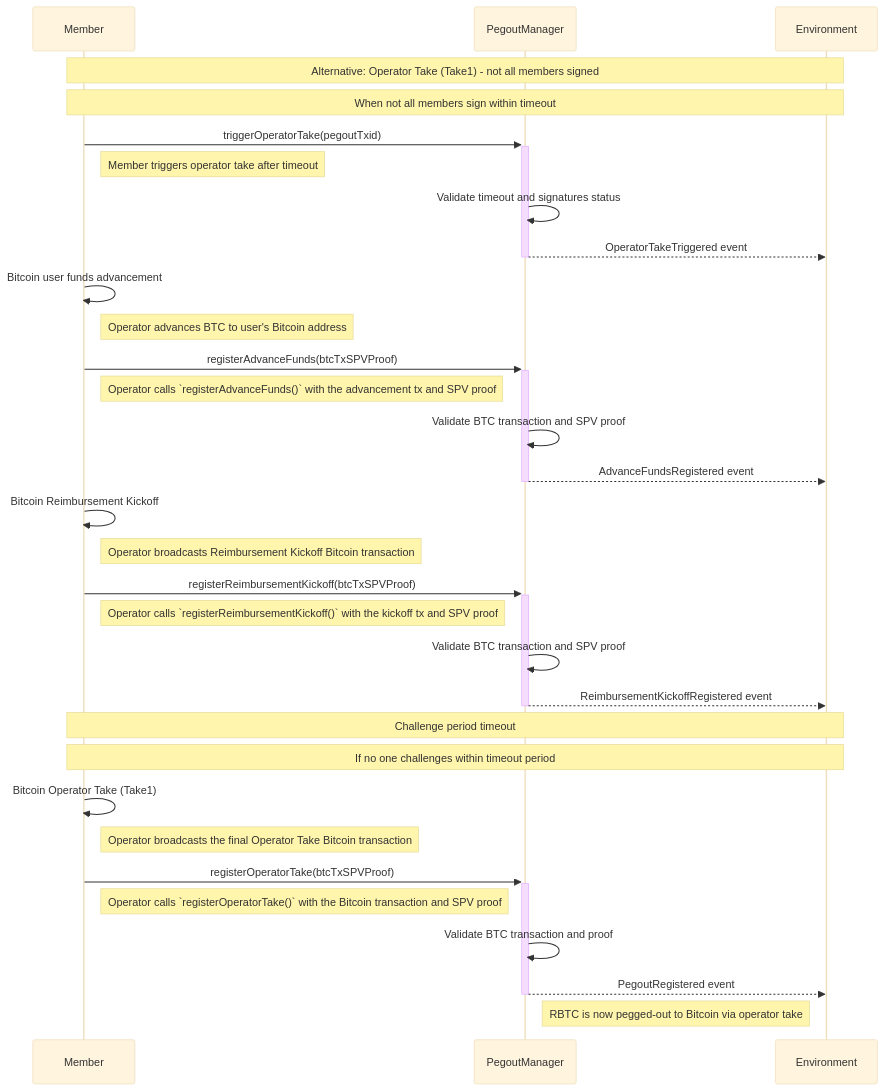
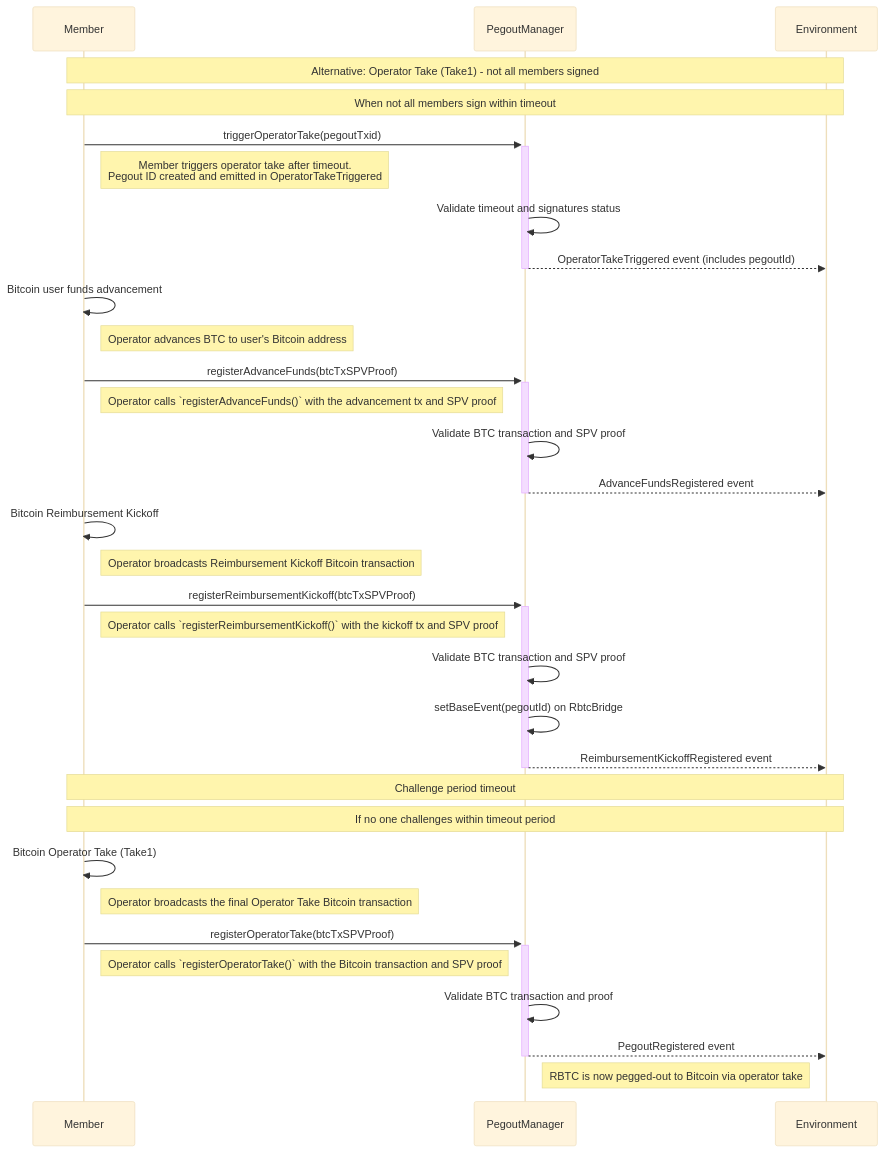
Before and after one commit to rsksmart/union-bridge-contracts: diagram 12 of 14 in docs/src/README.md, drawn with Mermaid (base theme). The commit also changed other lines of this file and 98 other files, not shown here.

````diff
--- a/docs/src/README.md
+++ b/docs/src/README.md
@@ -944,40 +963,41 @@
 ```mermaid
 sequenceDiagram
     participant M as Member
     participant POM as PegoutManager
     participant ENV as Environment
 
     Note over M,ENV: Alternative: Operator Take (Take1) - not all members signed
     Note over M,ENV: When not all members sign within timeout
 
     M->>+POM: triggerOperatorTake(pegoutTxid)
-    Note right of M: Member triggers operator take after timeout
+    Note right of M: Member triggers operator take after timeout.<br/>Pegout ID created and emitted in OperatorTakeTriggered
     POM->>POM: Validate timeout and signatures status
-    POM-->>-ENV: OperatorTakeTriggered event
+    POM-->>-ENV: OperatorTakeTriggered event (includes pegoutId)
 
     M->>M: Bitcoin user funds advancement
     Note right of M: Operator advances BTC to user's Bitcoin address
     M->>+POM: registerAdvanceFunds(btcTxSPVProof)
     Note right of M: Operator calls `registerAdvanceFunds()` with the advancement tx and SPV proof
     POM->>POM: Validate BTC transaction and SPV proof
     POM-->>-ENV: AdvanceFundsRegistered event
 
     M->>M: Bitcoin Reimbursement Kickoff
     Note right of M: Operator broadcasts Reimbursement Kickoff Bitcoin transaction
     M->>+POM: registerReimbursementKickoff(btcTxSPVProof)
     Note right of M: Operator calls `registerReimbursementKickoff()` with the kickoff tx and SPV proof
     POM->>POM: Validate BTC transaction and SPV proof
+    POM->>POM: setBaseEvent(pegoutId) on RbtcBridge
     POM-->>-ENV: ReimbursementKickoffRegistered event
 
     Note over M,ENV: Challenge period timeout
     Note over M,ENV: If no one challenges within timeout period
 
     M->>M: Bitcoin Operator Take (Take1)
     Note right of M: Operator broadcasts the final Operator Take Bitcoin transaction
 
     M->>+POM: registerOperatorTake(btcTxSPVProof)
     Note right of M: Operator calls `registerOperatorTake()` with the Bitcoin transaction and SPV proof
     POM->>POM: Validate BTC transaction and proof
     POM-->>-ENV: PegoutRegistered event
     Note right of POM: RBTC is now pegged-out to Bitcoin via operator take
 ```
````
